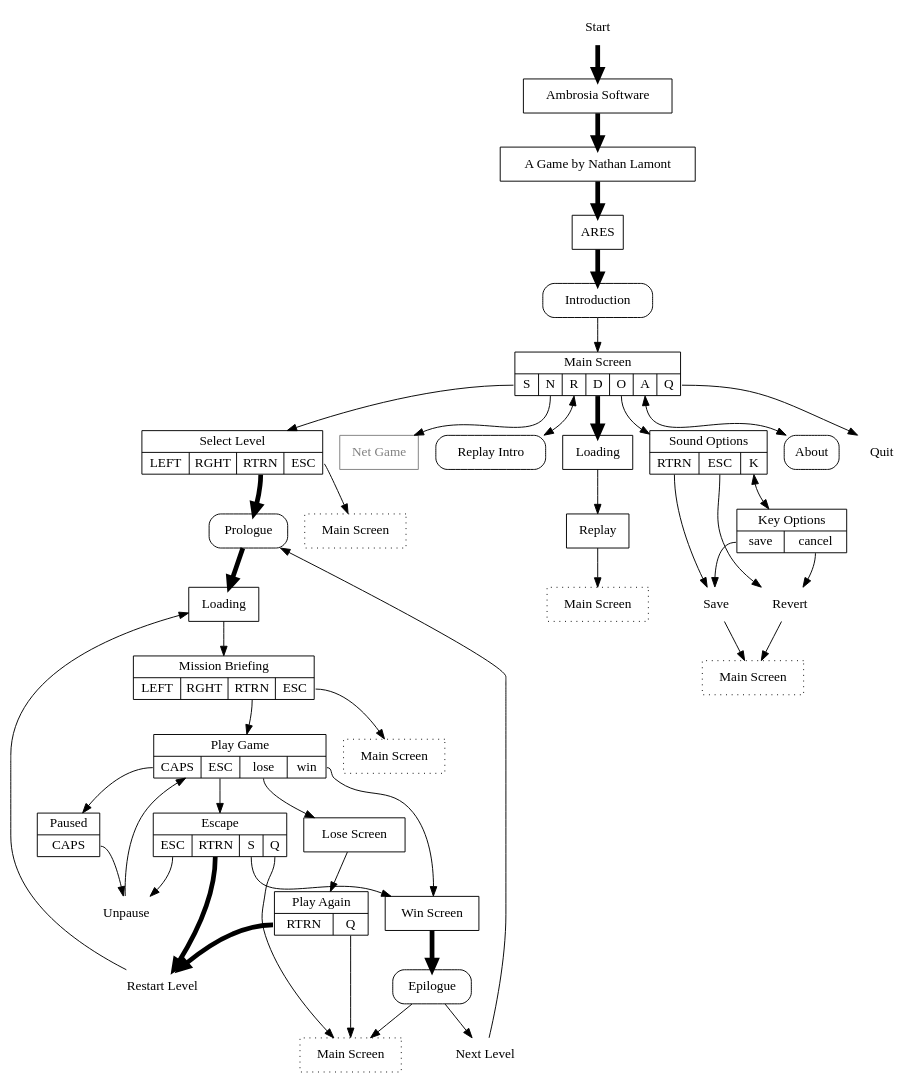
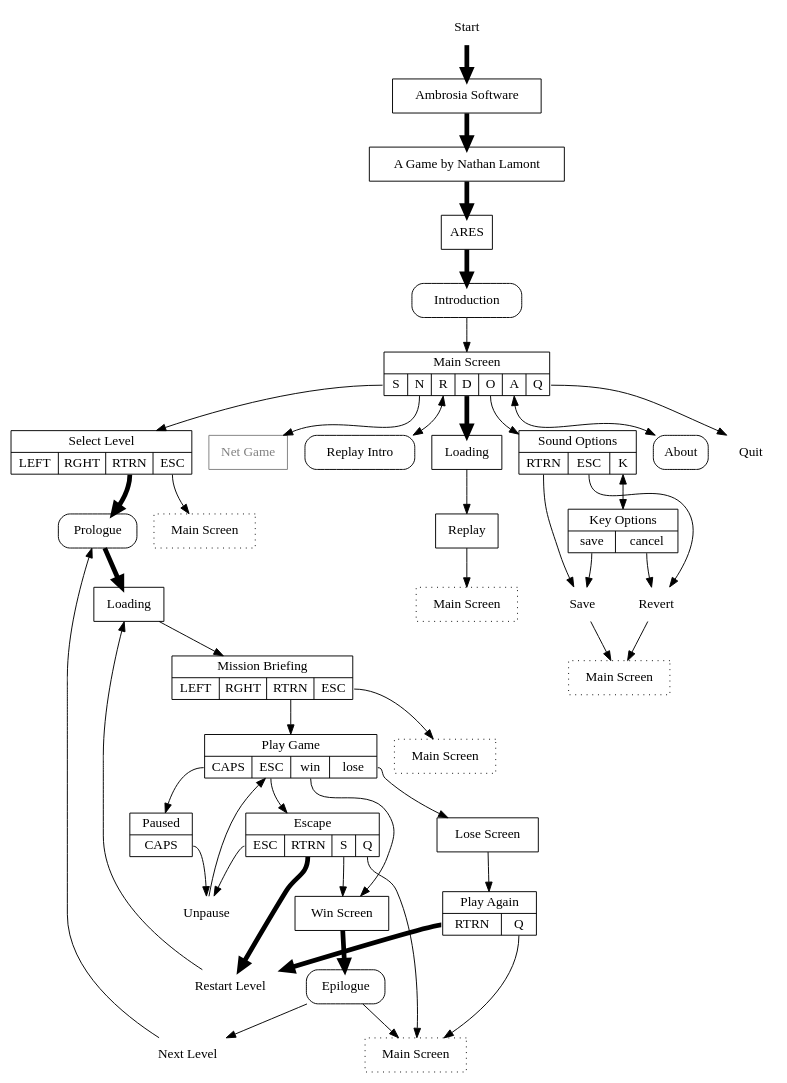
The diagram in doc/interface.dot (arescentral/antares), drawn with Graphviz before and after one commit. The commit also changed 1 other file, not shown here.

Commit message:
Swap win/lose in doc

```diff
--- a/doc/interface.dot
+++ b/doc/interface.dot
@@ -1,103 +1,103 @@
 digraph G {
     fontname = "Inconsolata";
     node [fontname="Inconsolata", shape="box"];
     edge [fontname="Inconsolata"];
 
     start [shape="none", label="Start"];
     publisher [label="Ambrosia Software"];
     developer [label="A Game by Nathan Lamont"];
     splash [label="ARES"];
     intro [label="Introduction", style="rounded"];
     start -> publisher -> developer -> splash -> intro [penwidth="5"];
     intro -> main;
 
     main [shape="record", label="{Main Screen|{<s>S|<n>N|<r>R|<d>D|<o>O|<a>A|<q>Q}}"];
 
     select_level [shape="record", label="{Select Level|{LEFT|RGHT|<rtrn>RTRN|<esc>ESC}}"];
     select_level_cancel [label="Main Screen", style="dotted"];
     main:s -> select_level;
     select_level:rtrn -> prologue [penwidth="5"];
     select_level:esc -> select_level_cancel;
 
     prologue [label="Prologue", style="rounded"];
     loading_single [label="Loading"];
     briefing [shape="record" label="{Mission Briefing|{LEFT|RGHT|<rtrn>RTRN|<esc>ESC}}"];
     briefing_cancel [label="Main Screen", style="dotted"];
     prologue -> loading_single [penwidth="5"];
     loading_single -> briefing;
     briefing:rtrn -> game;
     briefing:esc -> briefing_cancel;
 
-    game [shape="record", label="{Play Game|{<caps>CAPS|<esc>ESC|<lose>lose|<win>win}}"];
+    game [shape="record", label="{Play Game|{<caps>CAPS|<esc>ESC|<win>win|<lose>lose}}"];
     game:caps -> paused;
     game:esc -> escape;
+    game:win -> win;
     game:lose -> lose;
-    game:win -> win;
 
     paused [shape="record", label="{Paused|<caps>CAPS}"];
     paused:caps -> unpause;
 
     escape [shape="record", label="{Escape|{<esc>ESC|<rtrn>RTRN|<s>S|<q>Q}}"];
     escape:esc -> unpause;
     escape:rtrn -> restart_level [penwidth="5"];
     escape:s -> win;
     escape:q -> game_done;
 
     unpause [label="Unpause", shape="none"];
     unpause -> game;
 
     lose [label="Lose Screen"];
     lose -> play_again;
 
     play_again [shape="record", label="{Play Again|{<rtrn>RTRN|<q>Q}}"];
     play_again:rtrn -> restart_level [penwidth="5"];
     play_again:q -> game_done;
 
     win [label="Win Screen"];
     epilogue [label="Epilogue", style="rounded"];
     win -> epilogue [penwidth="5"];
     epilogue -> next_level;
     epilogue -> game_done;
 
     main:n -> net_game;
     net_game [label="Net Game", color="gray", fontcolor="gray"];
 
     replay_intro [label="Replay Intro", style="rounded"];
     main:r -> replay_intro [dir="both"];
 
     loading_demo [label="Loading"];
     replay [label="Replay"];
     replay_done [label="Main Screen", style="dotted"];
     main:d -> loading_demo [penwidth="5"];
     loading_demo -> replay -> replay_done;
 
     sound [shape="record", label="{Sound Options|{<rtrn>RTRN|<esc>ESC|<k>K}}"];
     main:o -> sound;
     sound:rtrn -> save_options;
     sound:esc -> revert_options;
     sound:k -> keys [dir="both"];
 
     keys [shape="record", label="{Key Options|{<save>save|<cancel>cancel}}"];
     keys:save -> save_options;
     keys:cancel -> revert_options;
 
     save_options [label="Save", shape="none"];
     revert_options [label="Revert", shape="none"];
     options_done [label="Main Screen", style="dotted"];
     save_options -> options_done;
     revert_options -> options_done;
 
     about [label="About", style="rounded"];
     main:a -> about [dir="both"];
 
     quit [shape="none", label="Quit"];
     main:q -> quit;
 
     restart_level [label="Restart Level", shape="none"];
     restart_level -> loading_single;
 
     next_level [label="Next Level", shape="none"];
     next_level -> prologue;
 
     game_done [label="Main Screen", style="dotted"];
 }
```
